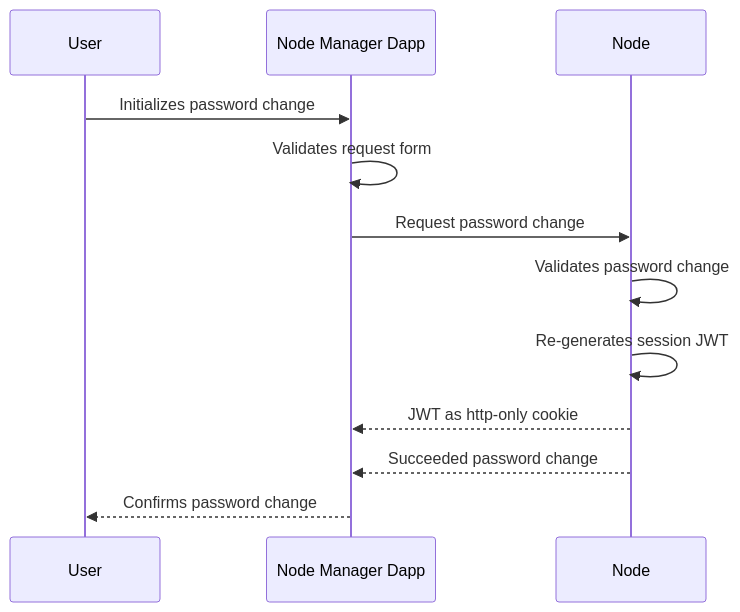
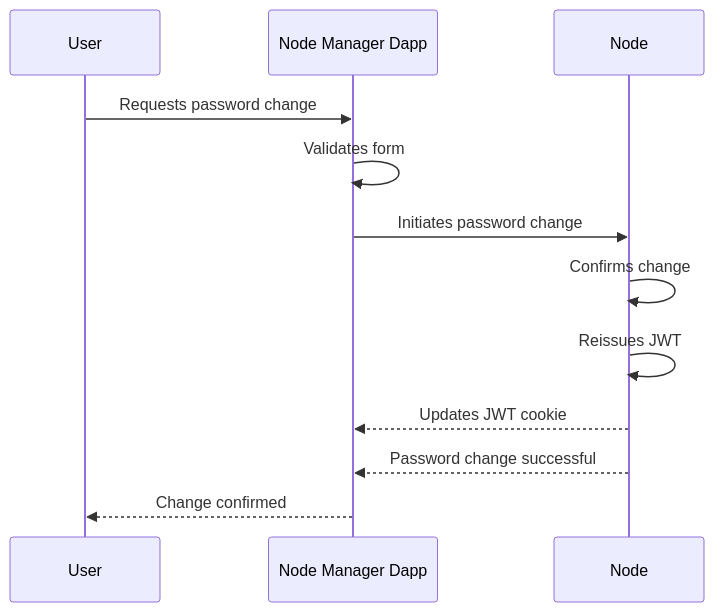
Before and after one commit to windingtree/mvp: the seventh of 14 diagrams in docs/architecture.md, drawn with Mermaid. The commit also changed other lines of this file and 1 other file, not shown here.

Commit message:
docs: ✏️ Added the MVP architecture document

````diff
--- a/docs/architecture.md
+++ b/docs/architecture.md
@@ -239,15 +230,15 @@
 ```mermaid
 sequenceDiagram
   participant user as User
   participant manager as Node Manager Dapp
   participant node as Node
 
-  user->>manager: Initializes password change
-  manager->>manager: Validates request form
-  manager->>node: Request password change
-  node->>node: Validates password change
-  node->>node: Re-generates session JWT
-  node-->>manager: JWT as http-only cookie
-  node-->>manager: Succeeded password change
-  manager-->>user: Confirms password change
+  user->>manager: Requests password change
+  manager->>manager: Validates form
+  manager->>node: Initiates password change
+  node->>node: Confirms change
+  node->>node: Reissues JWT
+  node-->>manager: Updates JWT cookie
+  node-->>manager: Password change successful
+  manager-->>user: Change confirmed
 ```
````
